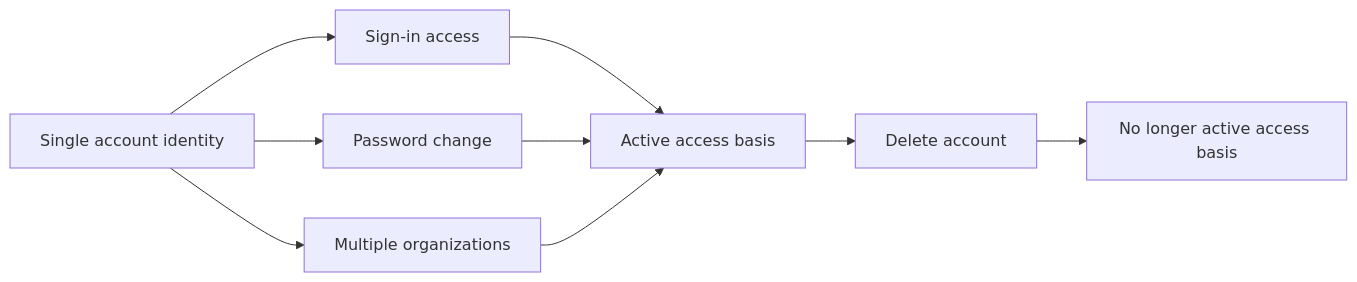
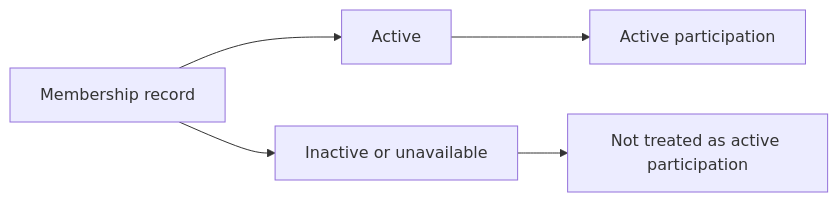
Before and after one commit to wrtnlabs/autobe-examples: the seventh of 24 diagrams in openai/gpt-5.4-mini/erp/docs/analysis/04-business-rules.md, drawn with Mermaid. The commit also changed other lines of this file and 9017 other files, not shown here.

````diff
--- a/openai/gpt-5.4-mini/erp/docs/analysis/04-business-rules.md
+++ b/openai/gpt-5.4-mini/erp/docs/analysis/04-business-rules.md
@@ -174,11 +235,7 @@
 ```mermaid
 flowchart LR
-    A["Single account identity"] --> B["Sign-in access"]
-    A --> C["Password change"]
-    A --> D["Multiple organizations"]
-    B --> E["Active access basis"]
-    C --> E
-    D --> E
-    E --> F["Delete account"]
-    F --> G["No longer active access basis"]
+    A["Membership record"] --> B["Active"]
+    A --> C["Inactive or unavailable"]
+    B --> D["Active participation"]
+    C --> E["Not treated as active participation"]
 ```
````
